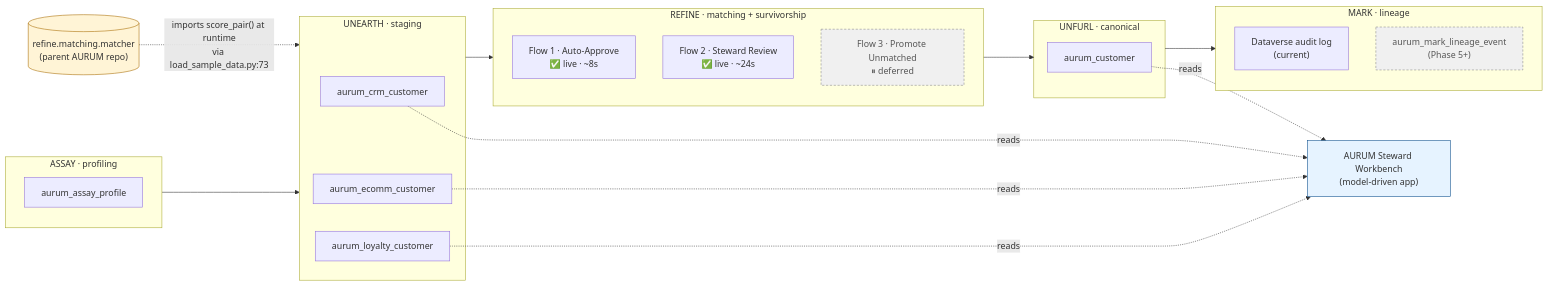
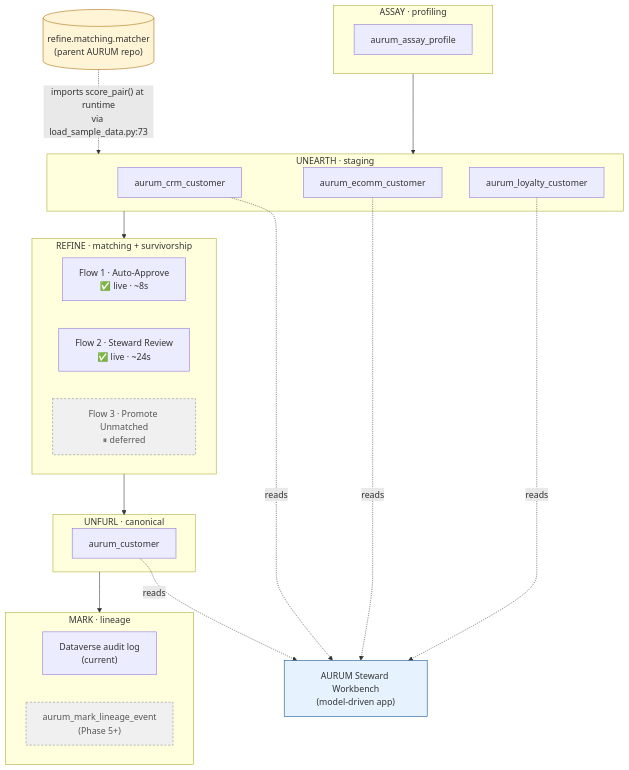
One commit to RajaMDM/AURUM changed the diagram in power-platform/docs/AURUM_PP_ARCHITECTURE_DIAGRAM.md. Above: the diagram before and after it, drawn with Mermaid.

Commit message:
Architecture diagram: flip to TD orientation for GitHub readability.

````diff
--- a/power-platform/docs/AURUM_PP_ARCHITECTURE_DIAGRAM.md
+++ b/power-platform/docs/AURUM_PP_ARCHITECTURE_DIAGRAM.md
@@ -7,50 +7,50 @@
 ```mermaid
-flowchart LR
+flowchart TD
     %% Parent AURUM repo (external to Power Platform layer)
     AURUM[("refine.matching.matcher<br/>(parent AURUM repo)")]:::external
 
     subgraph ASSAY["ASSAY · profiling"]
         ASSAY_T["aurum_assay_profile"]
     end
 
     subgraph UNEARTH["UNEARTH · staging"]
         CRM["aurum_crm_customer"]
         ECOMM["aurum_ecomm_customer"]
         LOYALTY["aurum_loyalty_customer"]
     end
 
     subgraph REFINE["REFINE · matching + survivorship"]
         F1["Flow 1 · Auto-Approve<br/>✅ live · ~8s"]
         F2["Flow 2 · Steward Review<br/>✅ live · ~24s"]
         F3["Flow 3 · Promote Unmatched<br/>⏸ deferred"]:::deferred
     end
 
     subgraph UNFURL["UNFURL · canonical"]
         CANONICAL["aurum_customer"]
     end
 
     subgraph MARK["MARK · lineage"]
         AUDIT["Dataverse audit log<br/>(current)"]
         LINEAGE["aurum_mark_lineage_event<br/>(Phase 5+)"]:::deferred
     end
 
     %% Stage-to-stage data flow
     ASSAY --> UNEARTH
     UNEARTH --> REFINE
     REFINE --> UNFURL
     UNFURL --> MARK
 
     %% Runtime import dependency from parent AURUM repo
     AURUM -. "imports score_pair() at runtime<br/>via load_sample_data.py:73" .-> UNEARTH
 
     %% Model-driven app — read-only consumer of staging + canonical
     APP["AURUM Steward Workbench<br/>(model-driven app)"]:::consumer
     CRM -. "reads" .-> APP
     ECOMM -. "reads" .-> APP
     LOYALTY -. "reads" .-> APP
     CANONICAL -. "reads" .-> APP
 
     classDef external fill:#fff4d6,stroke:#a86b00,stroke-width:1px
     classDef deferred fill:#f0f0f0,stroke:#888,stroke-dasharray:4 3,color:#555
     classDef consumer fill:#e6f3ff,stroke:#0a4d8a,stroke-width:1px
 ```
````
